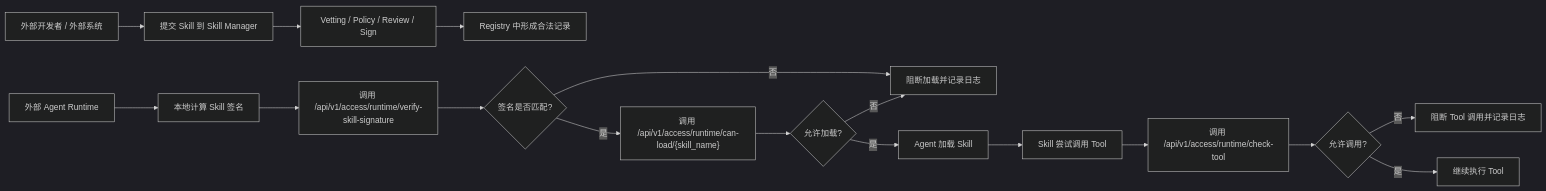
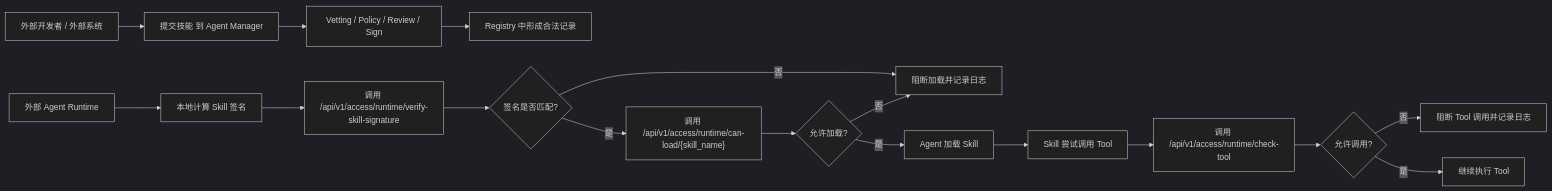
Before and after one commit to HuangLuGuang/skill-manager: the first of 3 diagrams in docs/external-agent-integration.md, drawn with Mermaid (dark theme). The commit also changed other lines of this file and 141 other files, not shown here.

First line of the commit message:
refactor: 重命名项目为 Agent Manager，更新前端文案和交互

````diff
--- a/docs/external-agent-integration.md
+++ b/docs/external-agent-integration.md
@@ -18,21 +18,21 @@
 ```mermaid
 flowchart LR
-    A["外部开发者 / 外部系统"] --> B["提交 Skill 到 Skill Manager"]
+    A["外部开发者 / 外部系统"] --> B["提交技能 到 Agent Manager"]
     B --> C["Vetting / Policy / Review / Sign"]
     C --> D["Registry 中形成合法记录"]
 
     E["外部 Agent Runtime"] --> F["本地计算 Skill 签名"]
     F --> G["调用 /api/v1/access/runtime/verify-skill-signature"]
     G --> H{"签名是否匹配?"}
     H -- "否" --> I["阻断加载并记录日志"]
     H -- "是" --> J["调用 /api/v1/access/runtime/can-load/{skill_name}"]
     J --> K{"允许加载?"}
     K -- "否" --> I["阻断加载并记录日志"]
     K -- "是" --> L["Agent 加载 Skill"]
 
     L --> M["Skill 尝试调用 Tool"]
     M --> N["调用 /api/v1/access/runtime/check-tool"]
     N --> O{"允许调用?"}
     O -- "否" --> P["阻断 Tool 调用并记录日志"]
     O -- "是" --> Q["继续执行 Tool"]
 ```
````
